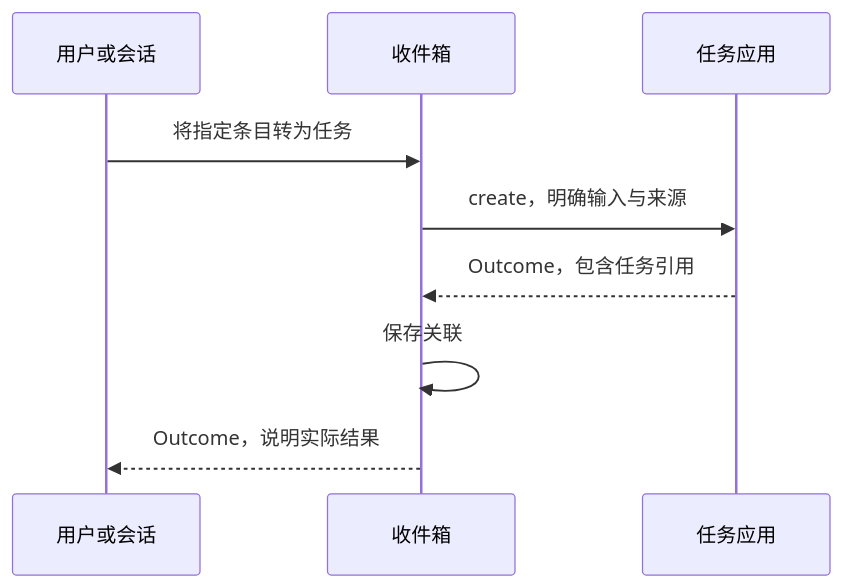
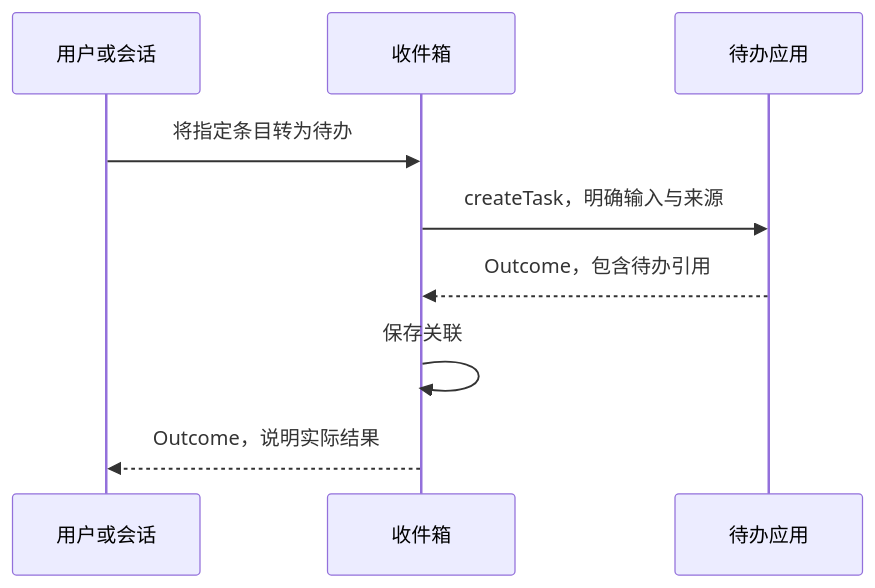
Before and after one commit to matrix1001/dsh-application-harness: the diagram in docs/architecture/6-应用互联.md, drawn with Mermaid. The commit also changed other lines of this file and 986 other files, not shown here.

````diff
--- a/docs/architecture/6-应用互联.md
+++ b/docs/architecture/6-应用互联.md
@@ -46,11 +56,11 @@
 ```mermaid
 sequenceDiagram
     participant U as 用户或会话
     participant I as 收件箱
-    participant T as 任务应用
-    U->>I: 将指定条目转为任务
-    I->>T: create，明确输入与来源
-    T-->>I: Outcome，包含任务引用
+    participant T as 待办应用
+    U->>I: 将指定条目转为待办
+    I->>T: createTask，明确输入与来源
+    T-->>I: Outcome，包含待办引用
     I->>I: 保存关联
     I-->>U: Outcome，说明实际结果
 ```
````
